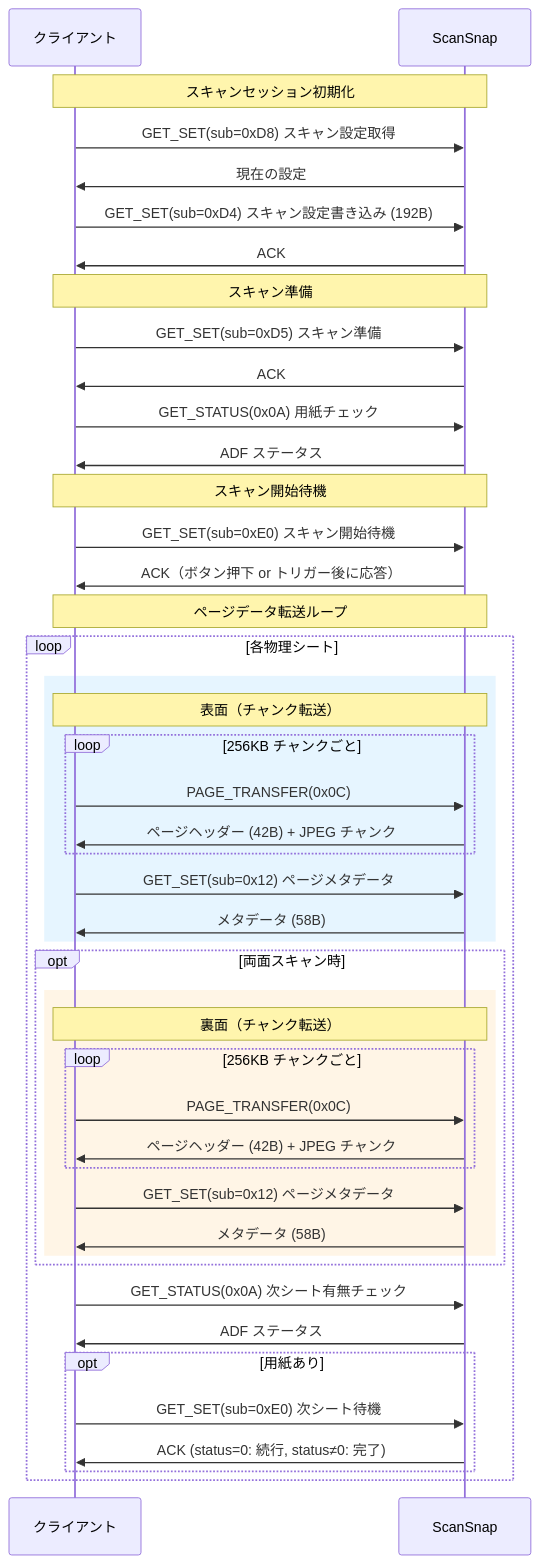
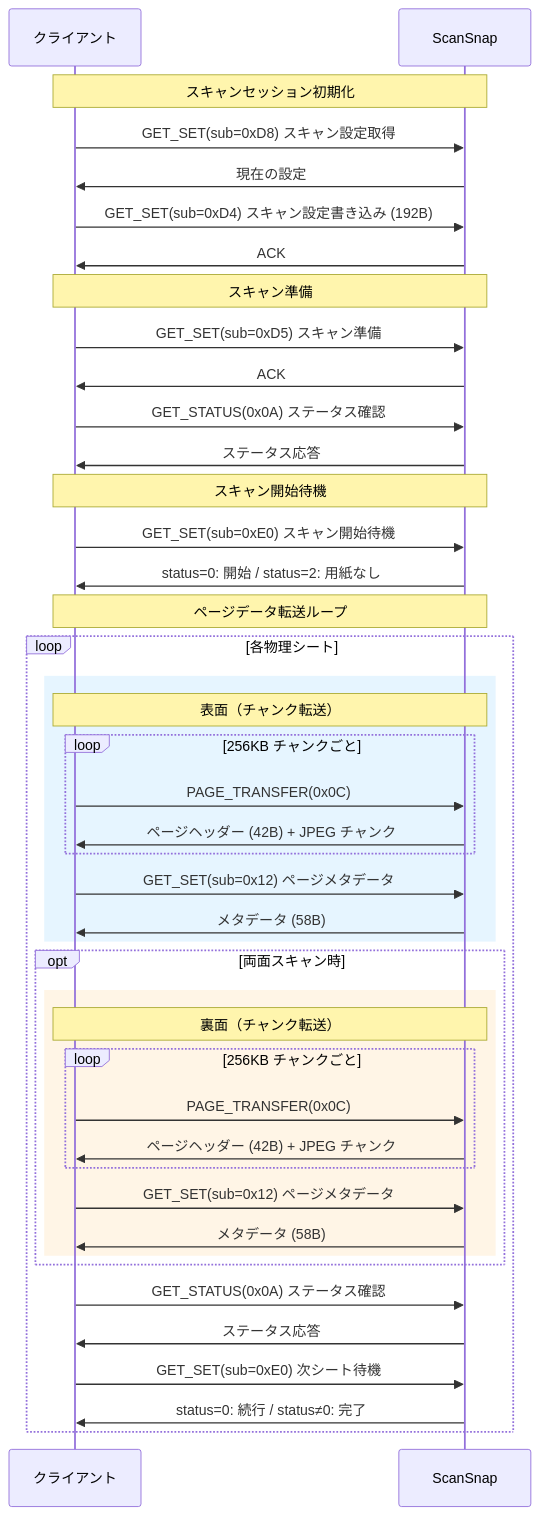
One commit to mzyy94/AirScap changed the third of 4 diagrams in protocol.md. Above: the diagram before and after it, drawn with Mermaid. The commit also changed other lines of this file and 7 other files, not shown here.

````diff
--- a/protocol.md
+++ b/protocol.md
@@ -678,51 +701,49 @@
 ```mermaid
 sequenceDiagram
     participant C as クライアント
     participant S as ScanSnap
 
     Note over C,S: スキャンセッション初期化
     C->>S: GET_SET(sub=0xD8) スキャン設定取得
     S->>C: 現在の設定
     C->>S: GET_SET(sub=0xD4) スキャン設定書き込み (192B)
     S->>C: ACK
 
     Note over C,S: スキャン準備
     C->>S: GET_SET(sub=0xD5) スキャン準備
     S->>C: ACK
-    C->>S: GET_STATUS(0x0A) 用紙チェック
-    S->>C: ADF ステータス
+    C->>S: GET_STATUS(0x0A) ステータス確認
+    S->>C: ステータス応答
 
     Note over C,S: スキャン開始待機
     C->>S: GET_SET(sub=0xE0) スキャン開始待機
-    S->>C: ACK（ボタン押下 or トリガー後に応答）
+    S->>C: status=0: 開始 / status=2: 用紙なし
 
     Note over C,S: ページデータ転送ループ
     loop 各物理シート
         rect rgb(230, 245, 255)
             Note over C,S: 表面（チャンク転送）
             loop 256KB チャンクごと
                 C->>S: PAGE_TRANSFER(0x0C)
                 S->>C: ページヘッダー (42B) + JPEG チャンク
             end
             C->>S: GET_SET(sub=0x12) ページメタデータ
             S->>C: メタデータ (58B)
         end
         opt 両面スキャン時
             rect rgb(255, 245, 230)
                 Note over C,S: 裏面（チャンク転送）
                 loop 256KB チャンクごと
                     C->>S: PAGE_TRANSFER(0x0C)
                     S->>C: ページヘッダー (42B) + JPEG チャンク
                 end
                 C->>S: GET_SET(sub=0x12) ページメタデータ
                 S->>C: メタデータ (58B)
             end
         end
-        C->>S: GET_STATUS(0x0A) 次シート有無チェック
-        S->>C: ADF ステータス
-        opt 用紙あり
-            C->>S: GET_SET(sub=0xE0) 次シート待機
-            S->>C: ACK (status=0: 続行, status≠0: 完了)
-        end
+        C->>S: GET_STATUS(0x0A) ステータス確認
+        S->>C: ステータス応答
+        C->>S: GET_SET(sub=0xE0) 次シート待機
+        S->>C: status=0: 続行 / status≠0: 完了
     end
 ```
````
